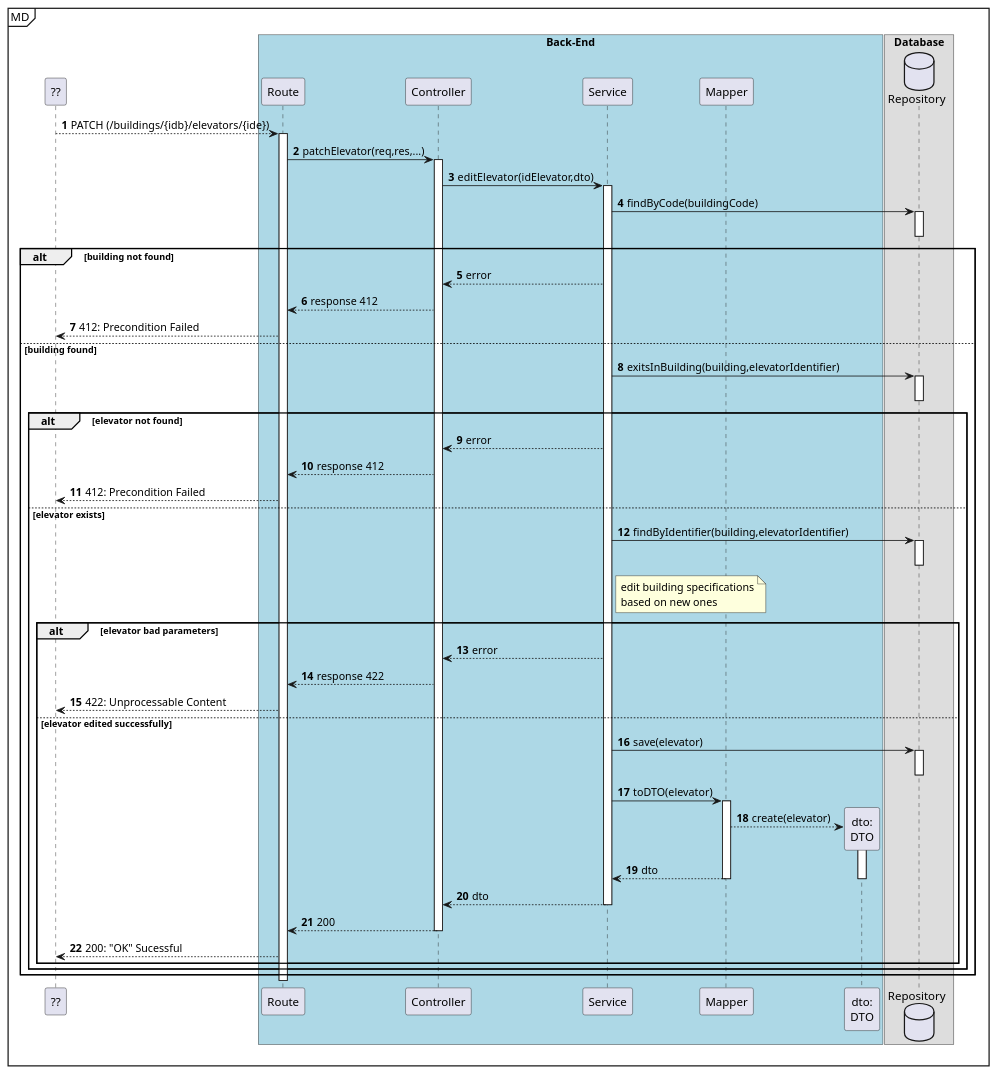
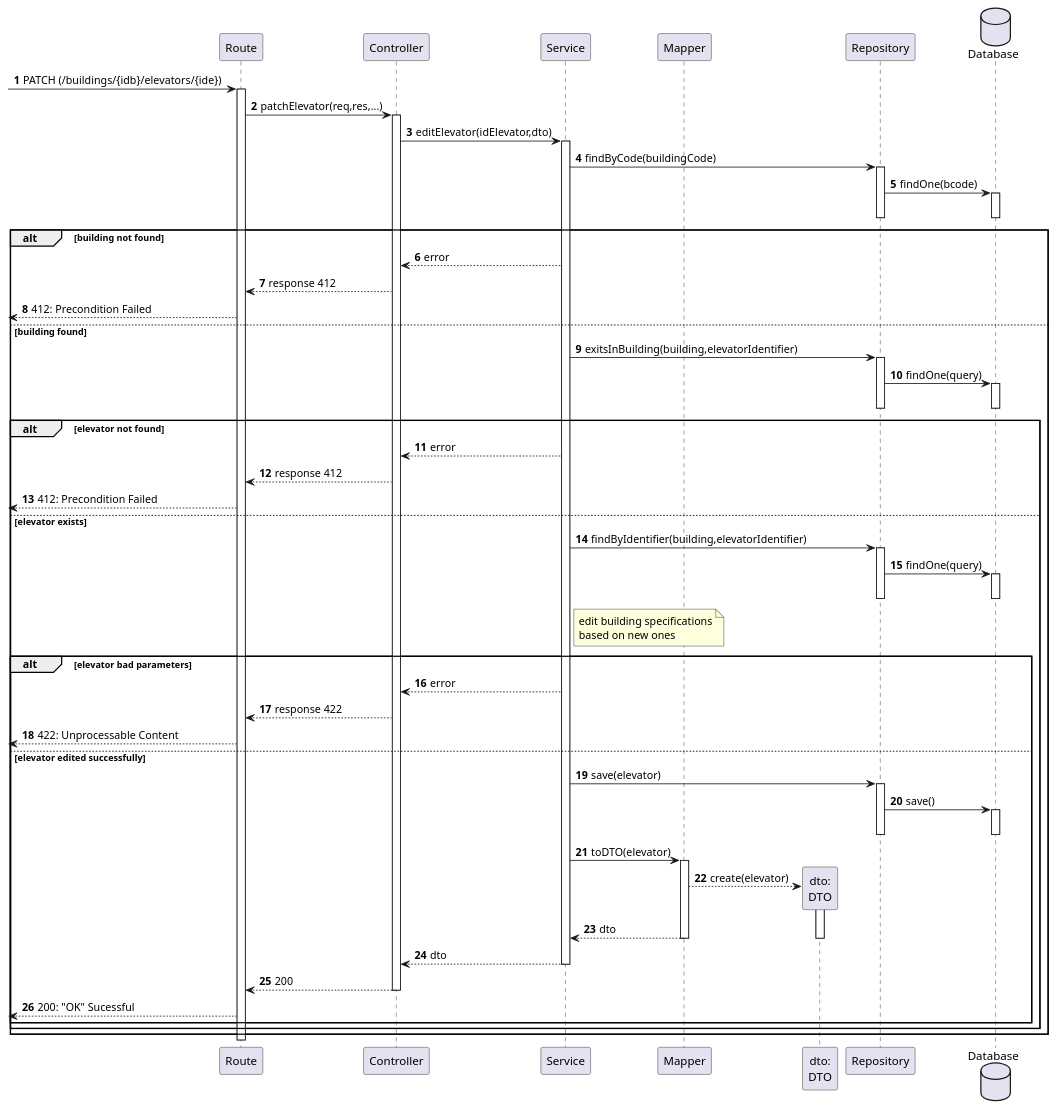
Before and after one commit to Departamento-de-Engenharia-Informatica/lapr5-23-24-g19: the diagram in docs/us280/level3/process-view-patch.puml, drawn with PlantUML. The commit also changed 7 other files, not shown here.

```diff
--- a/docs/us280/level3/process-view-patch.puml
+++ b/docs/us280/level3/process-view-patch.puml
@@ -1,98 +1,104 @@
 @startuml
 autonumber
 
-participant "??" as ui
 
-mainframe MD
-box "Back-End" #LightBlue
+
+
+
 participant "Route" as r
 participant "Controller" as ctrl
 participant "Service" as svc
+participant "Mapper" as map
+participant "dto:\nDTO" as dto
+participant "Repository" as repo
+database "Database" as db
 
 
-participant "Mapper" as map
-participant "dto:\nDTO" as dto
-end box
-
-box "Database"
-database "Repository" as repo
-'participant "elevator:\nElevator" as e
-end box
-
-ui --> r: PATCH (/buildings/{idb}/elevators/{ide})
+[-> r: PATCH (/buildings/{idb}/elevators/{ide})
     activate r
             r -> ctrl : patchElevator(req,res,...)
                 activate ctrl
                     ctrl -> svc : editElevator(idElevator,dto)
                     activate svc
                         svc -> repo : findByCode(buildingCode)
                         activate repo
-                            'repo --> e **: create()
+                            repo -> db : findOne(bcode)
+                            activate db
+                            deactivate db
                         deactivate repo
 
                         alt building not found
                             svc --> ctrl : error
                             ctrl --> r : response 412
-                            ui <--r : 412: Precondition Failed
+                            [<-- r : 412: Precondition Failed
 
 
 
                         else building found
 
                             svc -> repo : exitsInBuilding(building,elevatorIdentifier)
                             activate repo
+                                repo -> db : findOne(query)
+                                activate db
+                                deactivate db
                             deactivate repo
 
                             alt elevator not found
                                 svc --> ctrl : error
                                 ctrl --> r : response 412
-                                ui <--r : 412: Precondition Failed
+                                [<-- r : 412: Precondition Failed
                             else elevator exists
 
                                 svc -> repo: findByIdentifier(building,elevatorIdentifier)
                                 activate repo
+                                    repo -> db : findOne(query)
+                                    activate db
+                                    deactivate db
                                 deactivate repo
 
                                 note right of svc
                                     edit building specifications
                                     based on new ones
                                 end note
 
 
                             alt elevator bad parameters
                                 svc --> ctrl : error
                                 ctrl --> r : response 422
-                                ui <--r : 422: Unprocessable Content
+                                [<-- r : 422: Unprocessable Content
                             else elevator edited successfully
                                svc -> repo : save(elevator)
                                activate repo
+                                    repo -> db: save()
+                                    activate db
+                                    deactivate db
                                deactivate repo
 
 
 
 
                             svc -> map : toDTO(elevator)
                             activate map
                                 map --> dto **: create(elevator)
                                 activate dto
 
                                 map --> svc : dto
                                 deactivate dto
                             deactivate map
 
                             svc --> ctrl : dto
                         deactivate svc
 
                         ctrl --> r : 200
                     deactivate ctrl
 
 
 
 
-            ui <--r: 200: "OK" Sucessful
+            [<-- r: 200: "OK" Sucessful
                 end
             end
          end
     deactivate r
 
 @enduml
```
